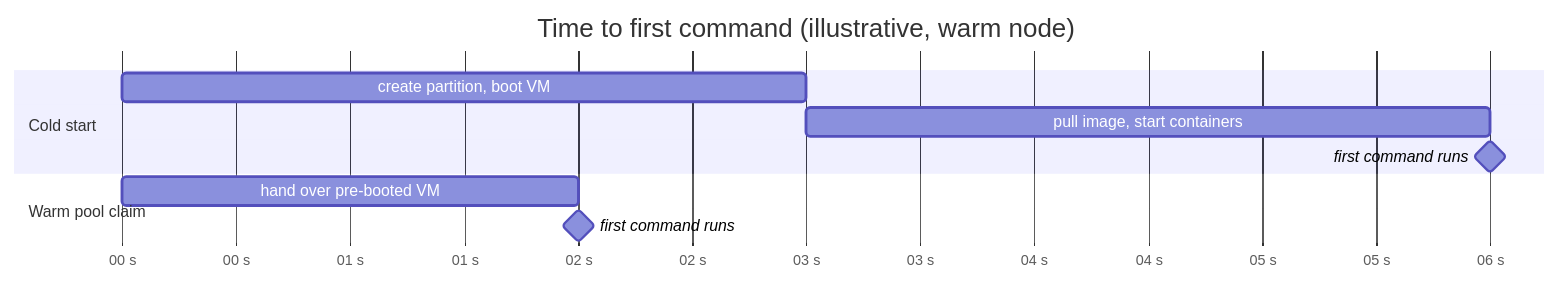
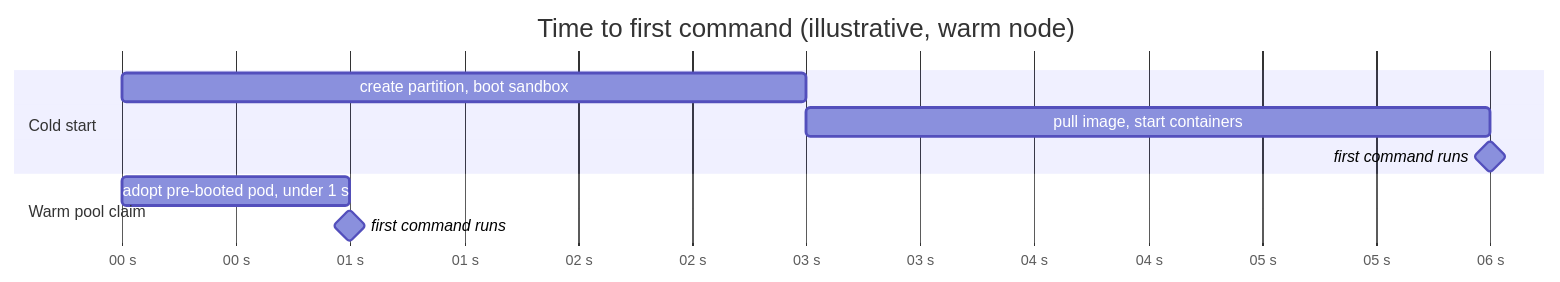
One commit to aws-samples/sample-eks-nitro-sandbox changed the diagram in examples/getting-started/warm-pool/README.md. Above: the diagram before and after it, drawn with Mermaid. The commit also changed other lines of this file and 63 other files, not shown here.

````diff
--- a/examples/getting-started/warm-pool/README.md
+++ b/examples/getting-started/warm-pool/README.md
@@ -149,13 +155,13 @@
 ```mermaid
 gantt
     title Time to first command (illustrative, warm node)
     dateFormat  s
     axisFormat  %S s
     section Cold start
-    create partition, boot VM    :a1, 0, 3s
+    create partition, boot sandbox :a1, 0, 3s
     pull image, start containers :a2, after a1, 3s
     first command runs           :milestone, m1, after a2, 0s
     section Warm pool claim
-    hand over pre-booted VM      :b1, 0, 2s
+    adopt pre-booted pod, under 1 s :b1, 0, 1s
     first command runs           :milestone, m2, after b1, 0s
 ```
````
